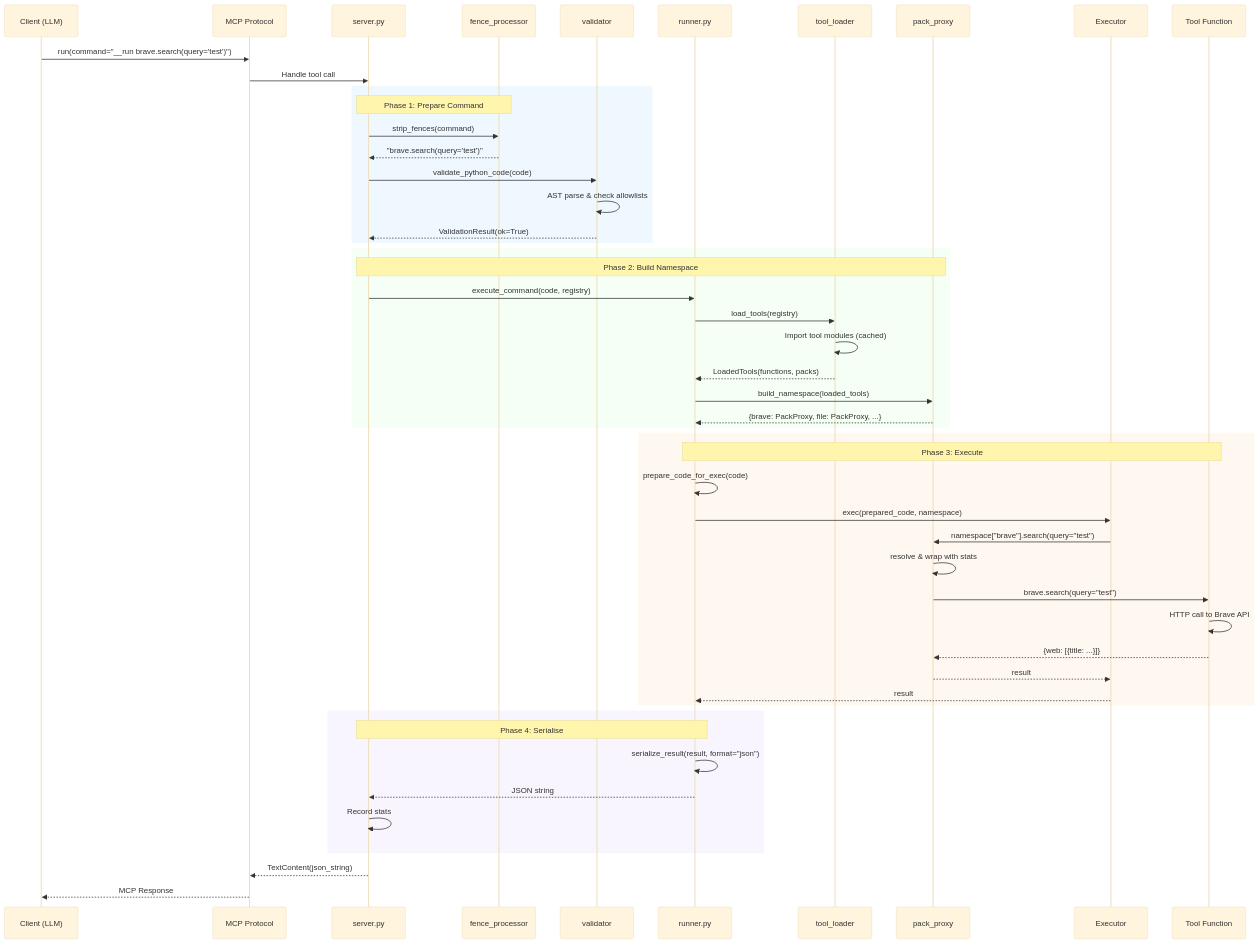
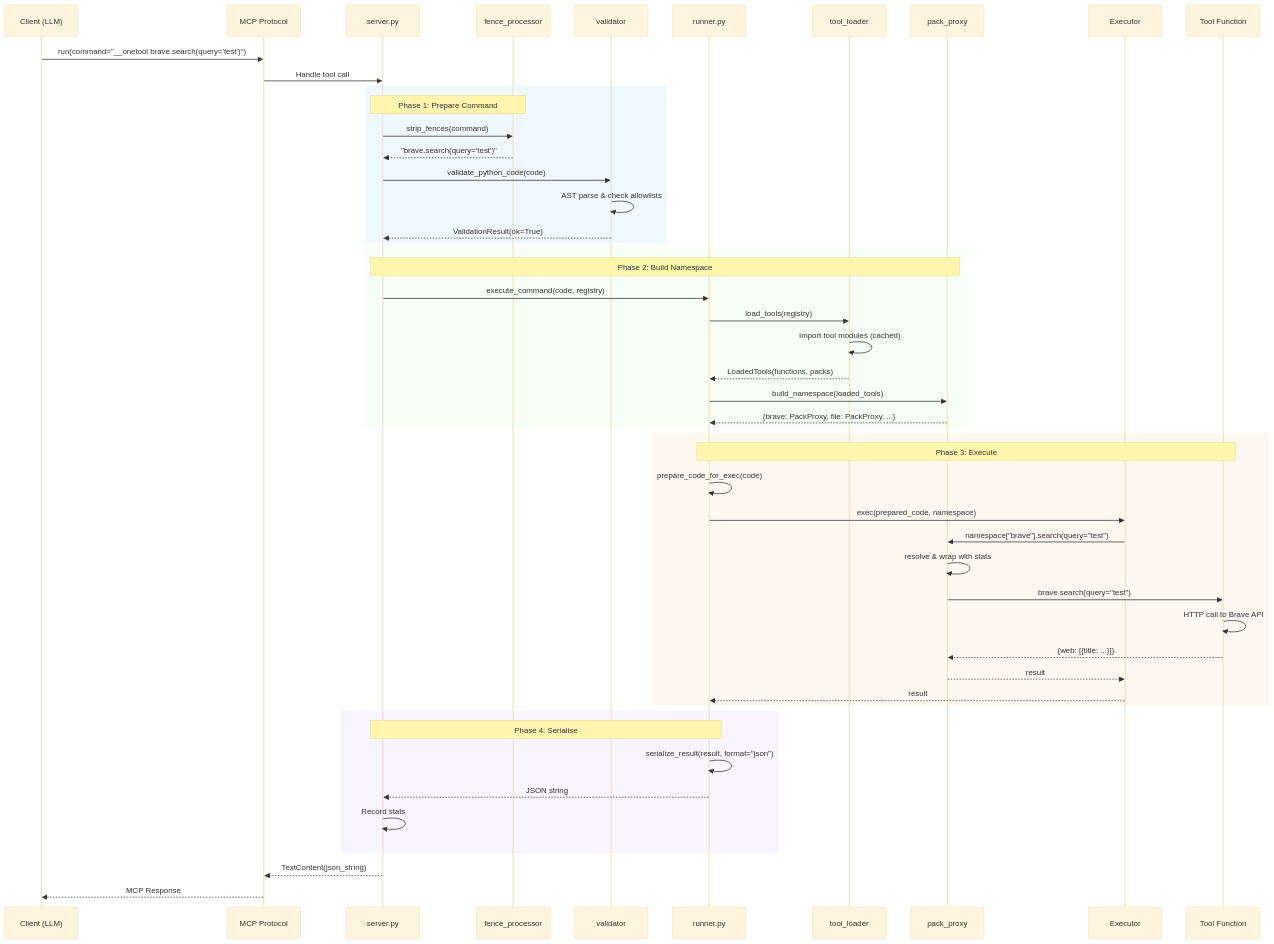
Before and after one commit to beycom/onetool-mcp: the diagram in dev/project/arch/request-pipeline.md, drawn with Mermaid (base theme). The commit also changed other lines of this file and 24 other files, not shown here.

````diff
--- a/dev/project/arch/request-pipeline.md
+++ b/dev/project/arch/request-pipeline.md
@@ -18,58 +18,58 @@
 ```mermaid
 sequenceDiagram
     participant C as Client (LLM)
     participant M as MCP Protocol
     participant S as server.py
     participant F as fence_processor
     participant V as validator
     participant R as runner.py
     participant L as tool_loader
     participant P as pack_proxy
     participant E as Executor
     participant T as Tool Function
 
-    C->>M: run(command="__run brave.search(query='test')")
+    C->>M: run(command="__onetool brave.search(query='test')")
     M->>S: Handle tool call
 
     rect rgb(240, 248, 255)
         Note over S,F: Phase 1: Prepare Command
         S->>F: strip_fences(command)
         F-->>S: "brave.search(query='test')"
         S->>V: validate_python_code(code)
         V->>V: AST parse & check allowlists
         V-->>S: ValidationResult(ok=True)
     end
 
     rect rgb(245, 255, 245)
         Note over S,P: Phase 2: Build Namespace
         S->>R: execute_command(code, registry)
         R->>L: load_tools(registry)
         L->>L: Import tool modules (cached)
         L-->>R: LoadedTools(functions, packs)
         R->>P: build_namespace(loaded_tools)
         P-->>R: {brave: PackProxy, file: PackProxy, ...}
     end
 
     rect rgb(255, 248, 240)
         Note over R,T: Phase 3: Execute
         R->>R: prepare_code_for_exec(code)
         R->>E: exec(prepared_code, namespace)
         E->>P: namespace["brave"].search(query="test")
         P->>P: resolve & wrap with stats
         P->>T: brave.search(query="test")
         T->>T: HTTP call to Brave API
         T-->>P: {web: [{title: ...}]}
         P-->>E: result
         E-->>R: result
     end
 
     rect rgb(248, 245, 255)
         Note over R,S: Phase 4: Serialise
         R->>R: serialize_result(result, format="json")
         R-->>S: JSON string
         S->>S: Record stats
     end
 
     S-->>M: TextContent(json_string)
     M-->>C: MCP Response
 ```
````
